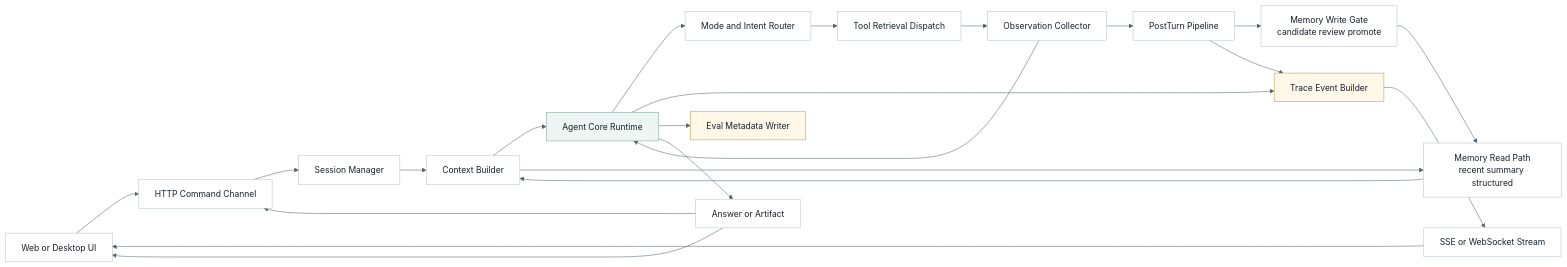
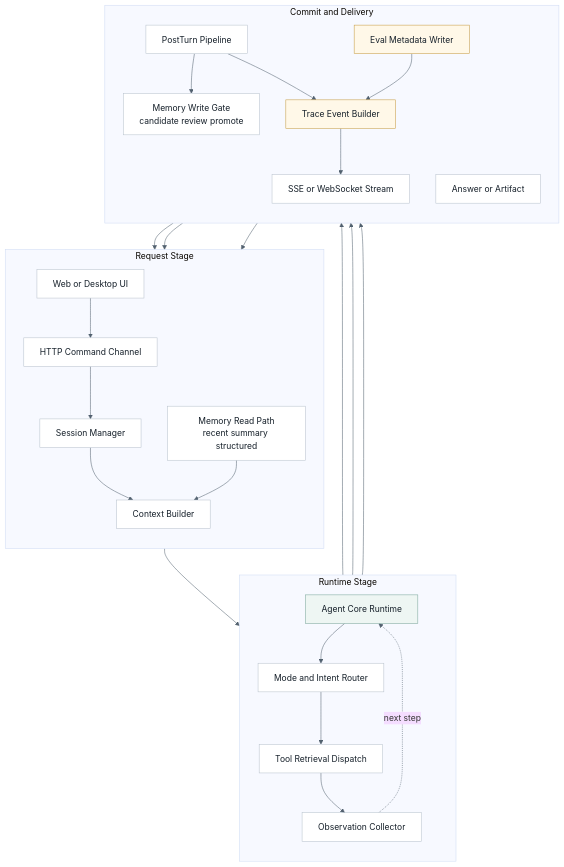
One commit to ProfessorZhi/Zuno changed the third of 10 diagrams in docs/architecture.md. Above: the diagram before and after it, drawn with Mermaid. The commit also changed other lines of this file and 12 other files, not shown here.

Commit message:
docs: improve architecture diagram viewing

````diff
--- a/docs/architecture.md
+++ b/docs/architecture.md
@@ -144,34 +154,50 @@
 ```mermaid
 %%{init: {"theme": "base", "themeVariables": {"background": "#f7f8fb", "lineColor": "#52616f"}}}%%
-flowchart LR
+flowchart TB
   classDef node fill:#ffffff,stroke:#b8c2cc,stroke-width:1px,color:#16202a;
   classDef accent fill:#eef6f3,stroke:#7aa59a,stroke-width:1px,color:#16202a;
   classDef event fill:#fff8e8,stroke:#c59b43,stroke-width:1px,color:#16202a;
 
   UI["Web or Desktop UI"]
   HTTP["HTTP Command Channel"]
   STREAM["SSE or WebSocket Stream"]
   SESSION["Session Manager"]
   CONTEXT["Context Builder"]
   MEMORY["Memory Read Path<br/>recent summary structured"]
   CORE["Agent Core Runtime"]:::accent
   ROUTER["Mode and Intent Router"]
   DISPATCH["Tool Retrieval Dispatch"]
   OBS["Observation Collector"]
   POST["PostTurn Pipeline"]
   WRITE["Memory Write Gate<br/>candidate review promote"]
   TRACE["Trace Event Builder"]:::event
   EVAL["Eval Metadata Writer"]:::event
   OUT["Answer or Artifact"]
-  UI --> HTTP --> SESSION --> CONTEXT --> CORE
-  CONTEXT --> MEMORY --> CONTEXT
-  CORE --> ROUTER --> DISPATCH
-  DISPATCH --> OBS --> CORE
-  OBS --> POST --> WRITE --> MEMORY
-  POST --> TRACE
-  CORE --> TRACE --> STREAM --> UI
+
+  subgraph IN["Request Stage"]
+    direction TB
+    UI --> HTTP --> SESSION --> CONTEXT
+    MEMORY --> CONTEXT
+  end
+
+  subgraph RUN["Runtime Stage"]
+    direction TB
+    CORE --> ROUTER --> DISPATCH --> OBS
+    OBS -. next step .-> CORE
+  end
+
+  subgraph AFTER["Commit and Delivery"]
+    direction TB
+    POST --> WRITE --> MEMORY
+    POST --> TRACE
+    TRACE --> STREAM --> UI
+    EVAL --> TRACE
+    OUT --> HTTP
+  end
+
+  CONTEXT --> CORE
+  OBS --> POST
   CORE --> EVAL
-  CORE --> OUT --> HTTP
-  OUT --> UI
+  CORE --> OUT
   class UI,HTTP,STREAM,SESSION,CONTEXT,MEMORY,ROUTER,DISPATCH,OBS,POST,WRITE,OUT node;
 ```
````
